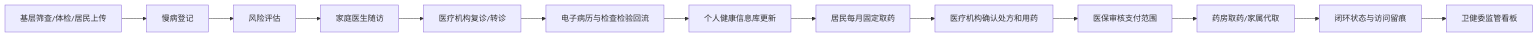
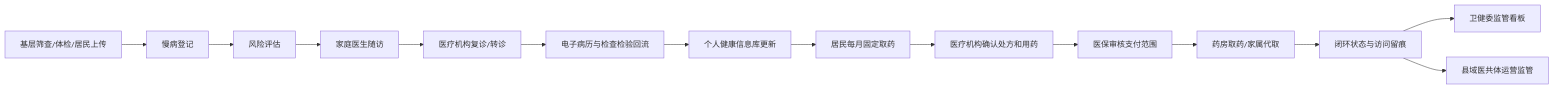
One commit to xujiann/chronic-care-platform changed the second of 4 diagrams in docs/system-flow.md. Above: the diagram before and after it, drawn with Mermaid. The commit also changed other lines of this file and 12 other files, not shown here.

````diff
--- a/docs/system-flow.md
+++ b/docs/system-flow.md
@@ -40,15 +46,16 @@
 ```mermaid
 flowchart LR
   Screening["基层筛查/体检/居民上传"] --> Register["慢病登记"]
   Register --> Risk["风险评估"]
   Risk --> Followup["家庭医生随访"]
   Followup --> Referral["医疗机构复诊/转诊"]
   Referral --> EMR["电子病历与检查检验回流"]
   EMR --> Archive["个人健康信息库更新"]
   Archive --> Pickup["居民每月固定取药"]
   Pickup --> InstitutionReview["医疗机构确认处方和用药"]
   InstitutionReview --> InsuranceReview["医保审核支付范围"]
   InsuranceReview --> Pharmacy["药房取药/家属代取"]
   Pharmacy --> Audit["闭环状态与访问留痕"]
   Audit --> Commission["卫健委监管看板"]
+  Audit --> County["县域医共体运营监管"]
 ```
````
